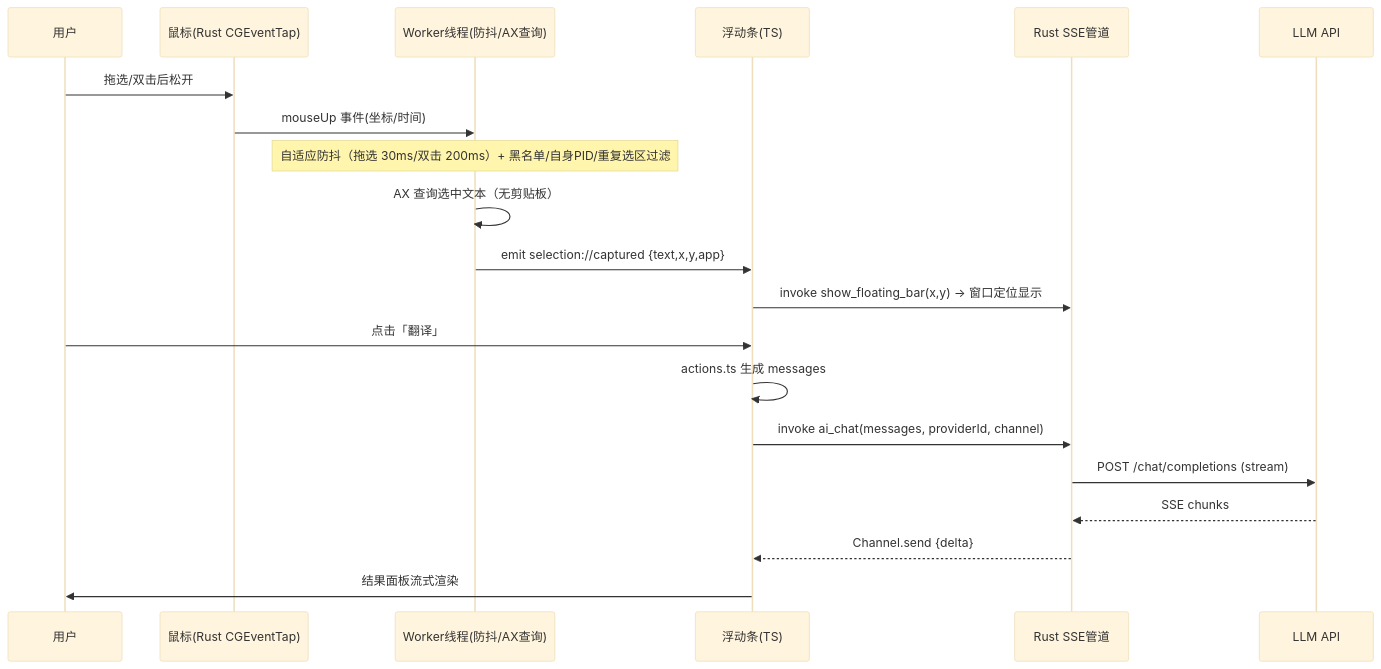
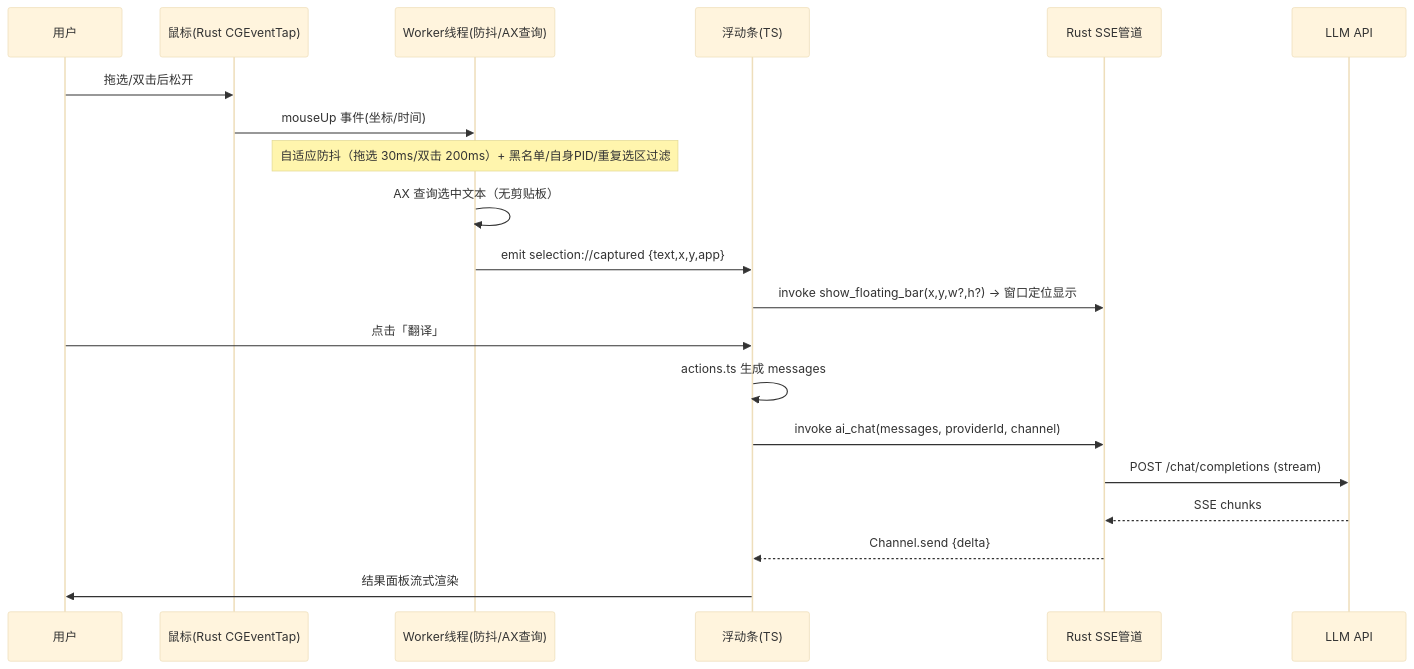
Before and after one commit to demo007x/Magpie: the second of 2 diagrams in docs/02-架构设计.md, drawn with Mermaid (base theme). The commit also changed other lines of this file and 4 other files, not shown here.

````diff
--- a/docs/02-架构设计.md
+++ b/docs/02-架构设计.md
@@ -46,23 +50,23 @@
 ```mermaid
 sequenceDiagram
     participant U as 用户
     participant M as 鼠标(Rust CGEventTap)
     participant W as Worker线程(防抖/AX查询)
     participant F as 浮动条(TS)
     participant P as Rust SSE管道
     participant L as LLM API
 
     U->>M: 拖选/双击后松开
     M->>W: mouseUp 事件(坐标/时间)
     Note over W: 自适应防抖（拖选 30ms/双击 200ms）+ 黑名单/自身PID/重复选区过滤
     W->>W: AX 查询选中文本（无剪贴板）
     W->>F: emit selection://captured {text,x,y,app}
-    F->>P: invoke show_floating_bar(x,y) → 窗口定位显示
+    F->>P: invoke show_floating_bar(x,y,w?,h?) → 窗口定位显示
     U->>F: 点击「翻译」
     F->>F: actions.ts 生成 messages
     F->>P: invoke ai_chat(messages, providerId, channel)
     P->>L: POST /chat/completions (stream)
     L-->>P: SSE chunks
     P-->>F: Channel.send {delta}
     F->>U: 结果面板流式渲染
 ```
````
